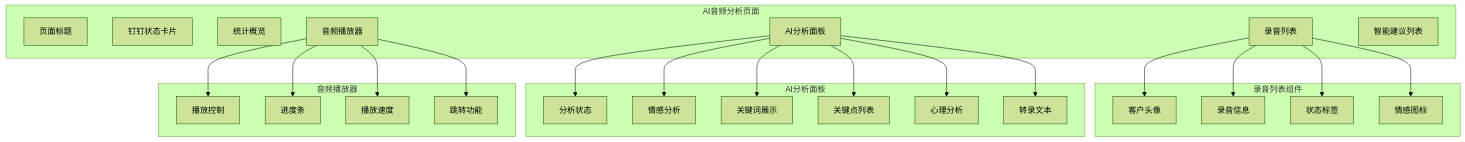
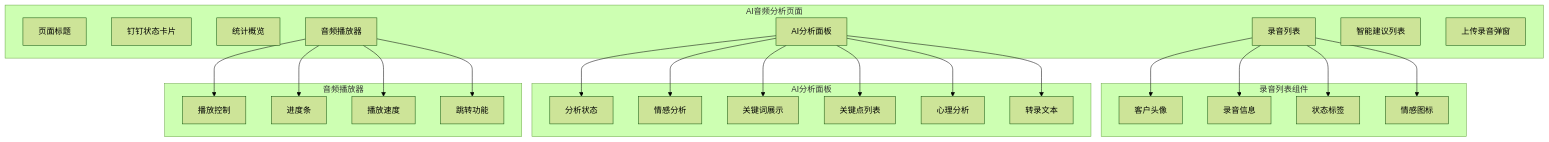
Before and after one commit to xianjianshenqu/SalesFlow-CRM: the sixth of 8 diagrams in .qoder/repowiki/zh/content/Ai Audio Analysis.md, drawn with Mermaid (forest theme). The commit also changed other lines of this file and 19 other files, not shown here.

````diff
--- a/.qoder/repowiki/zh/content/Ai Audio Analysis.md
+++ b/.qoder/repowiki/zh/content/Ai Audio Analysis.md
@@ -243,46 +338,47 @@
 ```mermaid
 graph TB
 subgraph "AI音频分析页面"
 A[页面标题]
 B[钉钉状态卡片]
 C[统计概览]
 D[录音列表]
 E[音频播放器]
 F[AI分析面板]
 G[智能建议列表]
+H[上传录音弹窗]
 end
 subgraph "录音列表组件"
 D1[客户头像]
 D2[录音信息]
 D3[状态标签]
 D4[情感图标]
 end
 subgraph "AI分析面板"
 F1[分析状态]
 F2[情感分析]
 F3[关键词展示]
 F4[关键点列表]
 F5[心理分析]
 F6[转录文本]
 end
 subgraph "音频播放器"
 E1[播放控制]
 E2[进度条]
 E3[播放速度]
 E4[跳转功能]
 end
 D --> D1
 D --> D2
 D --> D3
 D --> D4
 F --> F1
 F --> F2
 F --> F3
 F --> F4
 F --> F5
 F --> F6
 E --> E1
 E --> E2
 E --> E3
 E --> E4
 ```
````
